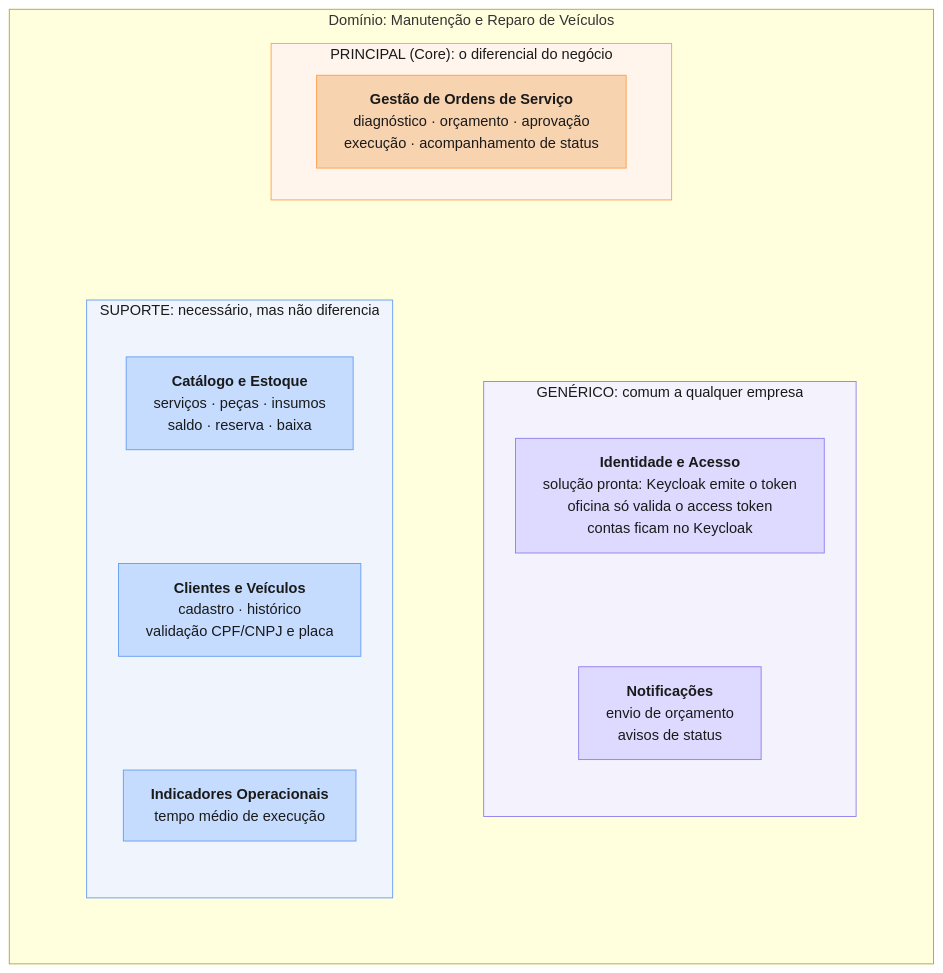
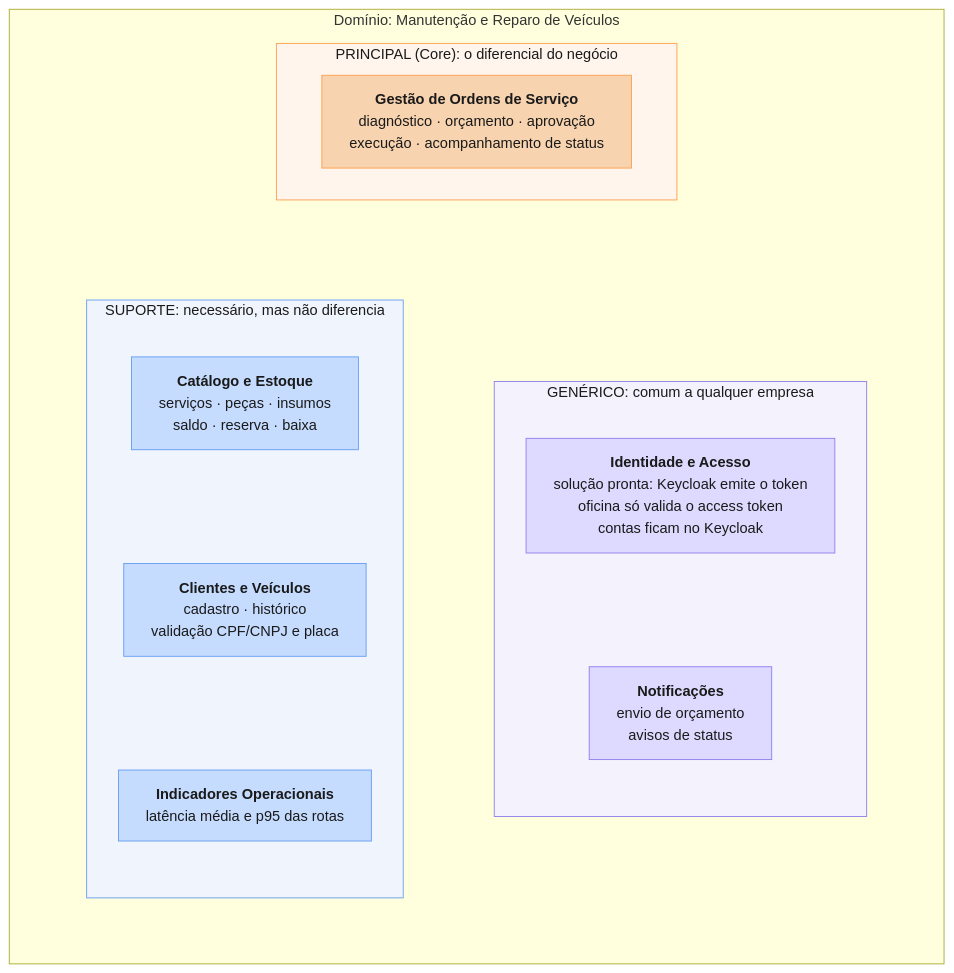
Before and after one commit to bernacamargo/tech-challenge-18soat: the diagram in docs/diagramas/ddd-subdominios.md, drawn with Mermaid. The commit also changed other lines of this file and 9 other files, not shown here.

First line of the commit message:
docs: registra o tempo médio de execução como latência no Grafana (#96)

````diff
--- a/docs/diagramas/ddd-subdominios.md
+++ b/docs/diagramas/ddd-subdominios.md
@@ -7,42 +7,42 @@
 ```mermaid
 %%{init: {"flowchart": {"wrappingWidth": 320}}}%%
 flowchart TB
     subgraph DOM["Domínio: Manutenção e Reparo de Veículos"]
         direction TB
 
         subgraph CORE["PRINCIPAL (Core): o diferencial do negócio"]
             OS["<b>Gestão de Ordens de Serviço</b><br/>diagnóstico · orçamento · aprovação<br/>execução · acompanhamento de status"]
         end
 
         subgraph BASE[" "]
             direction LR
             subgraph SUP["SUPORTE: necessário, mas não diferencia"]
                 direction TB
                 EST["<b>Catálogo e Estoque</b><br/>serviços · peças · insumos<br/>saldo · reserva · baixa"]
                 CLI["<b>Clientes e Veículos</b><br/>cadastro · histórico<br/>validação CPF/CNPJ e placa"]
-                IND["<b>Indicadores Operacionais</b><br/>tempo médio de execução"]
+                IND["<b>Indicadores Operacionais</b><br/>latência média e p95 das rotas"]
                 EST ~~~ CLI ~~~ IND
             end
             subgraph GEN["GENÉRICO: comum a qualquer empresa"]
                 direction TB
                 IAM["<b>Identidade e Acesso</b><br/>solução pronta: Keycloak emite o token<br/>oficina só valida o access token<br/>contas ficam no Keycloak"]
                 NOT["<b>Notificações</b><br/>envio de orçamento<br/>avisos de status"]
                 IAM ~~~ NOT
             end
             SUP ~~~ GEN
         end
 
         CORE ~~~ BASE
     end
 
     classDef core fill:#f8d3af,stroke:#fe9f4d,color:#1a1a1a
     classDef sup fill:#c6dcff,stroke:#659df2,color:#1a1a1a
     classDef gen fill:#dedaff,stroke:#8f7fee,color:#1a1a1a
     class OS core
     class EST,CLI,IND sup
     class IAM,NOT gen
     style CORE fill:#fff5ed,stroke:#fe9f4d,color:#1a1a1a
     style SUP fill:#f0f5fd,stroke:#659df2,color:#1a1a1a
     style GEN fill:#f4f2fd,stroke:#8f7fee,color:#1a1a1a
     style BASE fill:none,stroke:none
 ```
````
